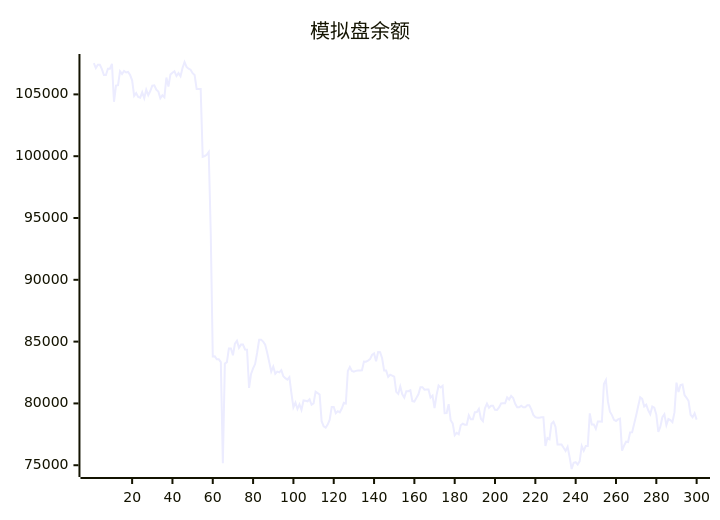
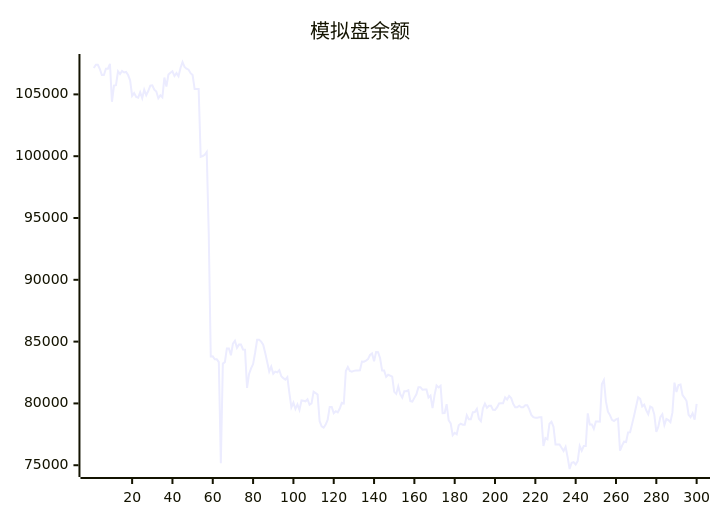
The diagram in README.md (aahl/ai-trading), drawn with Mermaid before and after one commit. The commit also changed other lines of this file and 1 other file, not shown here.

````diff
--- a/README.md
+++ b/README.md
@@ -5,5 +5,5 @@
 ```mermaid
 xychart
     title "模拟盘余额"
-    line [107536,107134,107393,107393,107046,106565,106565,107081,107081,107478,104404,105715,105749,106866,106651,106889,106771,106816,106565,106141,104876,105103,104796,104734,105169,104690,105380,104941,105272,105709,105739,105374,105227,104691,104924,104762,106364,105628,106608,106748,106872,106485,106721,106468,107132,107620,107224,107080,107001,106717,106567,105431,105431,105440,99950,100017,100113,100337,93749,83795,83807,83567,83567,83342,75168,83222,83336,84448,84449,83896,84839,85065,84499,84757,84757,84364,84347,81254,82385,82835,83184,84099,85150,85150,85002,84751,84096,83356,82582,82983,82404,82572,82512,82688,82200,82047,81920,82125,80840,79688,80060,79552,79920,79470,80236,80208,80170,80336,79894,80006,80954,80837,80712,78561,78139,78037,78293,78682,79720,79720,79214,79372,79279,79591,80046,79993,82625,82950,82626,82571,82633,82670,82670,82681,83386,83378,83464,83579,83920,84037,83402,84160,84142,83652,82655,82655,82145,82315,82243,82163,80934,80770,81371,80742,80468,80989,80989,81067,80191,80155,80450,80737,81309,81309,81106,81119,81119,80471,80631,79624,80670,81448,81290,81429,79212,79222,79940,78643,78380,77432,77623,77504,78235,78358,78284,78277,79048,78714,78714,79290,79308,79567,78763,78563,79603,79988,79652,79813,79813,79476,79469,79673,79995,80015,80015,80486,80314,80600,80436,79966,79689,79689,79819,79692,79692,79850,79850,79518,79071,78889,78850,78850,78878,78878,76554,77202,77103,78357,78510,78106,76678,76677,76672,76411,76159,76485,75656,74695,75197,75246,75052,75334,76564,76179,76553,76551,79196,78300,78300,77944,78531,78531,78521,81564,81884,80160,79335,79055,78675,78580,78708,78764,76179,76586,76902,76876,77658,77669,78346,79023,79769,80497,80366,79761,79896,79448,79126,79749,79658,79097,77695,78114,78888,79126,78249,78738,78653,78478,79271,81680,80923,81488,81527,80681,80455,80190,79084,78879,79193,78686]
+    line [107134,107393,107393,107046,106565,106565,107081,107081,107478,104404,105715,105749,106866,106651,106889,106771,106816,106565,106141,104876,105103,104796,104734,105169,104690,105380,104941,105272,105709,105739,105374,105227,104691,104924,104762,106364,105628,106608,106748,106872,106485,106721,106468,107132,107620,107224,107080,107001,106717,106567,105431,105431,105440,99950,100017,100113,100337,93749,83795,83807,83567,83567,83342,75168,83222,83336,84448,84449,83896,84839,85065,84499,84757,84757,84364,84347,81254,82385,82835,83184,84099,85150,85150,85002,84751,84096,83356,82582,82983,82404,82572,82512,82688,82200,82047,81920,82125,80840,79688,80060,79552,79920,79470,80236,80208,80170,80336,79894,80006,80954,80837,80712,78561,78139,78037,78293,78682,79720,79720,79214,79372,79279,79591,80046,79993,82625,82950,82626,82571,82633,82670,82670,82681,83386,83378,83464,83579,83920,84037,83402,84160,84142,83652,82655,82655,82145,82315,82243,82163,80934,80770,81371,80742,80468,80989,80989,81067,80191,80155,80450,80737,81309,81309,81106,81119,81119,80471,80631,79624,80670,81448,81290,81429,79212,79222,79940,78643,78380,77432,77623,77504,78235,78358,78284,78277,79048,78714,78714,79290,79308,79567,78763,78563,79603,79988,79652,79813,79813,79476,79469,79673,79995,80015,80015,80486,80314,80600,80436,79966,79689,79689,79819,79692,79692,79850,79850,79518,79071,78889,78850,78850,78878,78878,76554,77202,77103,78357,78510,78106,76678,76677,76672,76411,76159,76485,75656,74695,75197,75246,75052,75334,76564,76179,76553,76551,79196,78300,78300,77944,78531,78531,78521,81564,81884,80160,79335,79055,78675,78580,78708,78764,76179,76586,76902,76876,77658,77669,78346,79023,79769,80497,80366,79761,79896,79448,79126,79749,79658,79097,77695,78114,78888,79126,78249,78738,78653,78478,79271,81680,80923,81488,81527,80681,80455,80190,79084,78879,79193,78686,79954]
 ```
````
